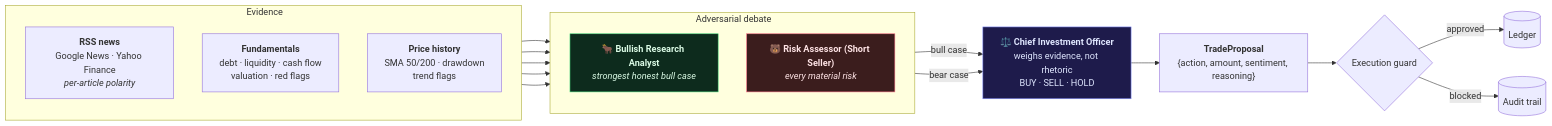
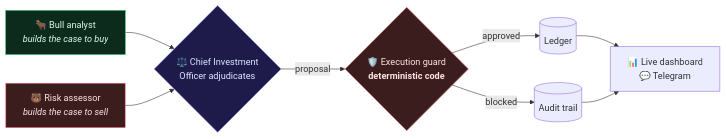
The diagram in README.md (SergeyGer/AlphaAgent), drawn with Mermaid before and after one commit. The commit also changed other lines of this file, not shown here.

````diff
--- a/README.md
+++ b/README.md
@@ -410,38 +66,19 @@
 ```mermaid
 flowchart LR
-    subgraph evidence["&nbsp;Evidence"]
-        direction TB
-        NEWS["<b>RSS news</b><br/>Google News · Yahoo Finance<br/><i>per-article polarity</i>"]
-        FUND["<b>Fundamentals</b><br/>debt · liquidity · cash flow<br/>valuation · red flags"]
-        HIST["<b>Price history</b><br/>SMA 50/200 · drawdown<br/>trend flags"]
-    end
-
-    subgraph debate["&nbsp;Adversarial debate"]
-        direction TB
-        BULL["🐂 <b>Bullish Research Analyst</b><br/><i>strongest honest bull case</i>"]
-        BEAR["🐻 <b>Risk Assessor (Short Seller)</b><br/><i>every material risk</i>"]
-    end
-
-    CIO["⚖️ <b>Chief Investment Officer</b><br/>weighs evidence, not rhetoric<br/>BUY · SELL · HOLD"]
-
-    NEWS --> BULL
-    NEWS --> BEAR
-    HIST --> BULL
-    HIST --> BEAR
-    FUND --> BEAR
-
-    BULL -->|bull case| CIO
-    BEAR -->|bear case| CIO
-
-    CIO --> JSON["<b>TradeProposal</b><br/>{action, amount, sentiment, reasoning}"]
-    JSON --> GUARD{"Execution guard"}
-    GUARD -->|approved| LEDGER[("Ledger")]
-    GUARD -->|blocked| LOG[("Audit trail")]
+    A["🐂 Bull analyst<br/><i>builds the case to buy</i>"] --> C{"⚖️ Chief Investment<br/>Officer adjudicates"}
+    B["🐻 Risk assessor<br/><i>builds the case to sell</i>"] --> C
+    C -->|proposal| D{"🛡️ Execution guard<br/><b>deterministic code</b>"}
+    D -->|approved| E[("Ledger")]
+    D -->|blocked| F[("Audit trail")]
+    E --> G["📊 Live dashboard<br/>💬 Telegram"]
+    F --> G
 
     classDef bull fill:#0d2b1d,stroke:#4ade80,color:#dcfce7
     classDef bear fill:#3b1d1d,stroke:#fb7185,color:#ffe4e6
     classDef cio fill:#1e1b4b,stroke:#818cf8,color:#e0e7ff
-    class BULL bull
-    class BEAR bear
-    class CIO cio
+    classDef guard fill:#3b1d1d,stroke:#fb7185,color:#ffe4e6
+    class A bull
+    class B bear
+    class C cio
+    class D guard
 ```
````
